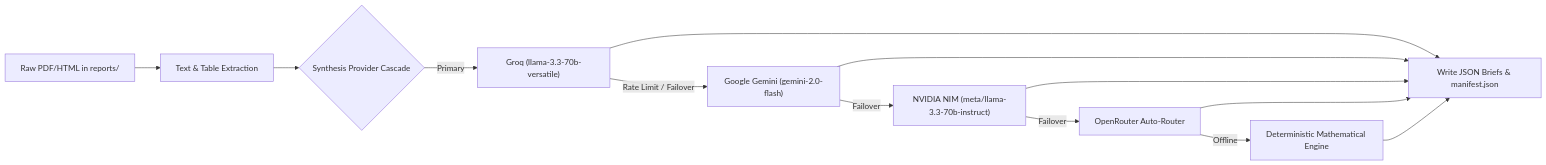
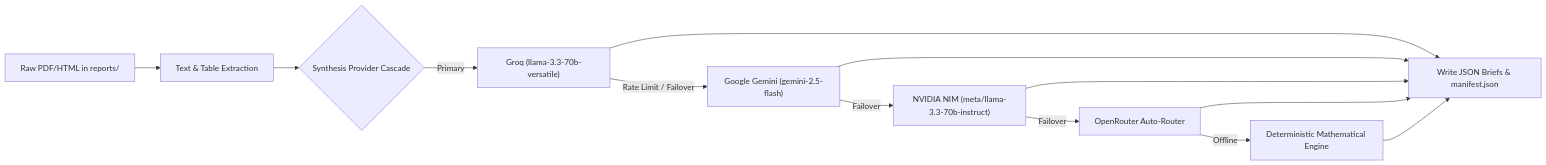
The second of 3 diagrams in README.md (yieldchaser/Shipping), drawn with Mermaid before and after one commit. The commit also changed other lines of this file and 4 other files, not shown here.

````diff
--- a/README.md
+++ b/README.md
@@ -358,15 +372,15 @@
 ```mermaid
 flowchart LR
     PDF["Raw PDF/HTML in reports/"] --> Extract["Text & Table Extraction"]
     Extract --> Chain{"Synthesis Provider Cascade"}
     Chain -->|Primary| P1["Groq (llama-3.3-70b-versatile)"]
-    P1 -->|Rate Limit / Failover| P2["Google Gemini (gemini-2.0-flash)"]
+    P1 -->|Rate Limit / Failover| P2["Google Gemini (gemini-2.5-flash)"]
     P2 -->|Failover| P3["NVIDIA NIM (meta/llama-3.3-70b-instruct)"]
     P3 -->|Failover| P4["OpenRouter Auto-Router"]
     P4 -->|Offline| P5["Deterministic Mathematical Engine"]
     P1 --> Write["Write JSON Briefs & manifest.json"]
     P2 --> Write
     P3 --> Write
     P4 --> Write
     P5 --> Write
 ```
````
